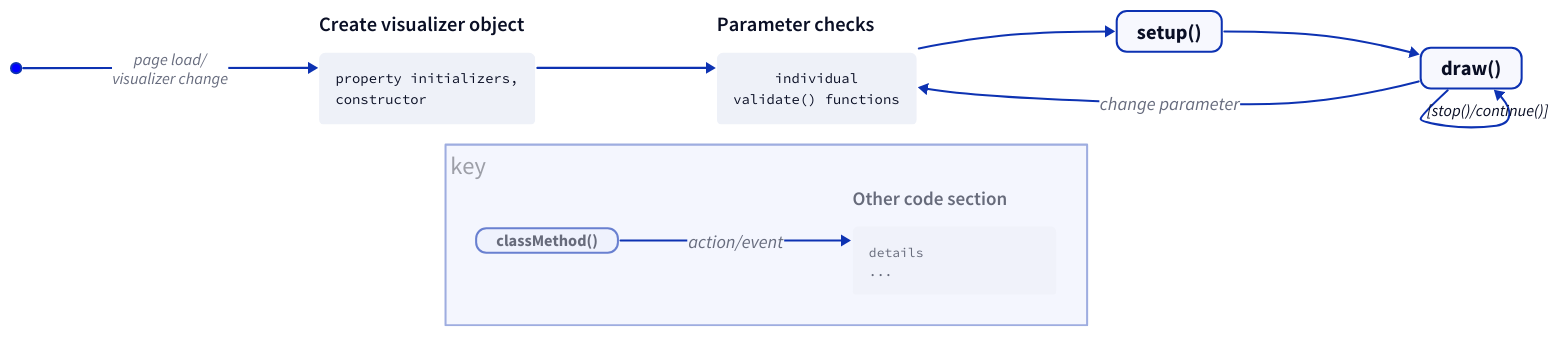
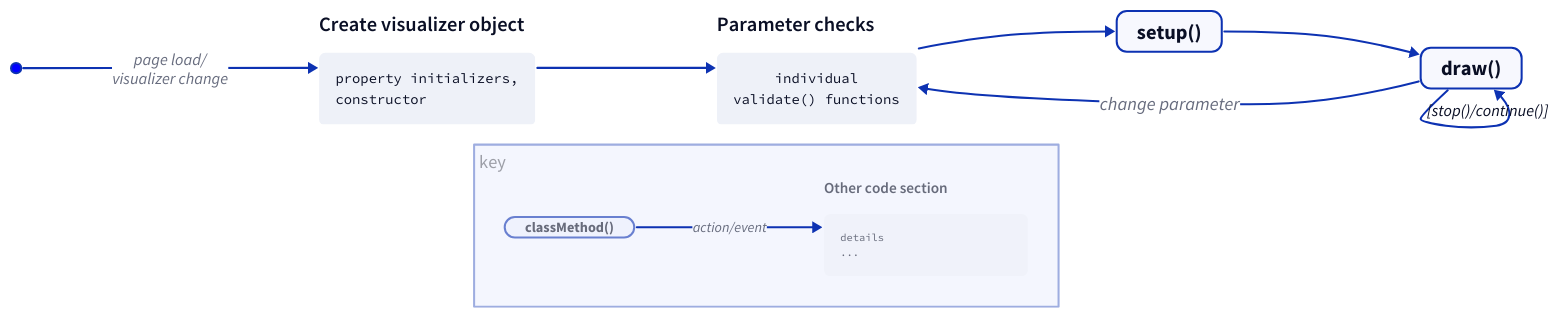
The diagram in doc/visualizer-basics.md (numberscope/frontscope), drawn with D2 before and after one commit. The commit also changed other lines of this file and 7 other files, not shown here.

`````diff
--- a/doc/visualizer-basics.md
+++ b/doc/visualizer-basics.md
@@ -16,72 +16,72 @@
 ````d2 layout="elk"
 direction: right
 classes: {
   method: {
     height: 40
     style: {
       border-radius: 10
       font-size: 20
     }
   }
 }
 
 Start: "" {
    style: {fill: blue}
    shape: circle
    width: 10
 }
 Init: |md
     ### Create visualizer object
     ```txt
     property initializers,
     constructor
     ```
 |
 Start -> Init: | page load/
 visualizer change|
 SPC: |md
     ### Parameter checks
     ```txt
          individual
     validate() functions
     ```
 |
 Init -> SPC
 Setup: "setup()" {class: method}
 SPC -> Setup
 Draw: "draw()" {class: method}
 Setup -> Draw
 Draw -> Draw: {target-arrowhead: "[stop()/continue()]"}
 Draw -> SPC: "change parameter" {style.font-size: 18}
 key: {
   near: bottom-center
   label.near: top-left
   direction: right
   method: "classMethod()" {
     class: method
-    height: 24
+    height: 20
     style: {
       opacity: 0.6
-      font-size: 16
+      font-size: 14
     }
   }
   otherCode: |
     ### Other code section
     ```txt
     details
     ...
     ```
   | {
     width: 200
     style: {
       opacity: 0.6
-      font-size: 15
+      font-size: 12
     }
   }
-  method -> otherCode: "action/event" {style.font-size: 18}
+  method -> otherCode: "action/event" {style.font-size: 14}
   style {
     opacity: 0.4
-    font-size: 24
+    font-size: 18
   }
 }
 ````
`````
